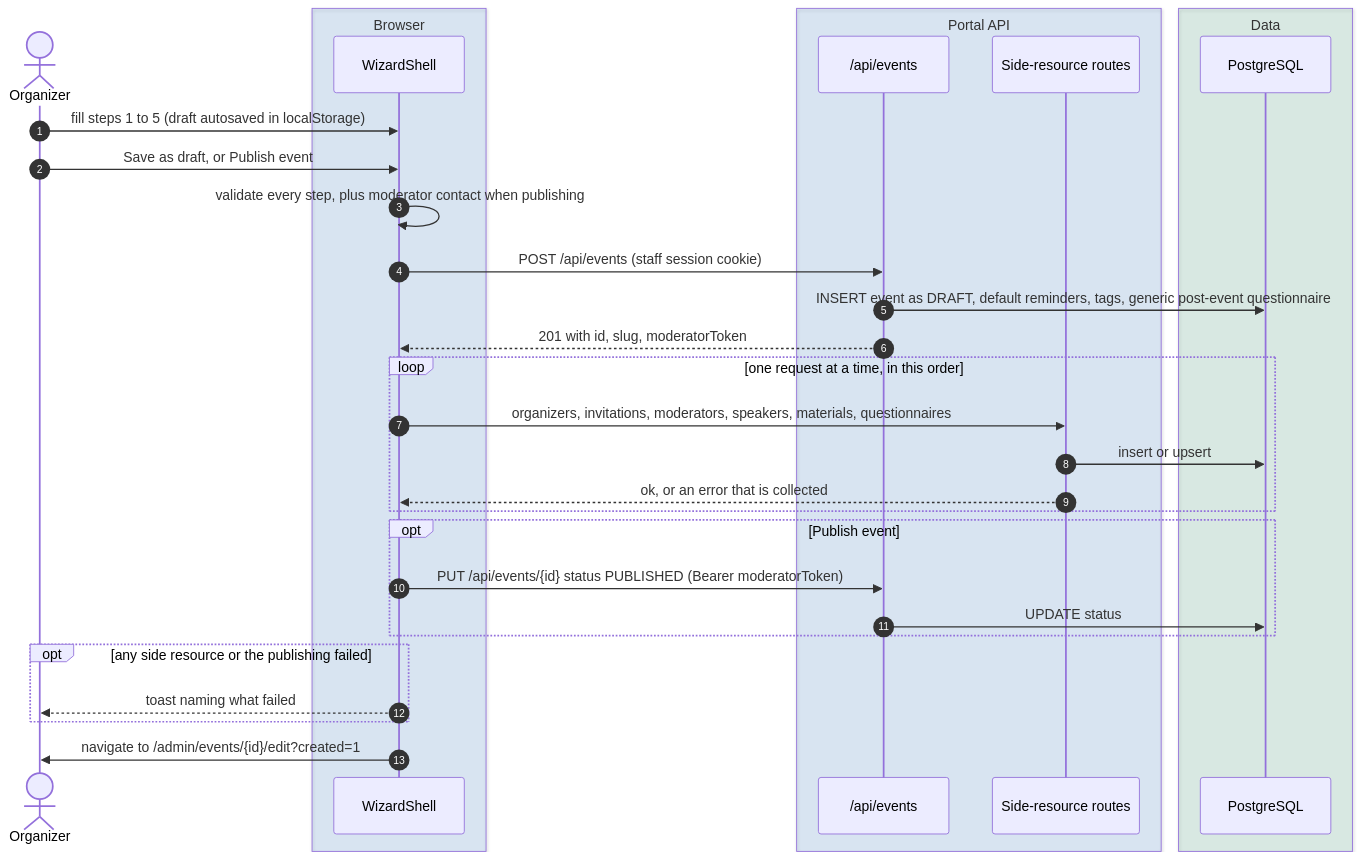
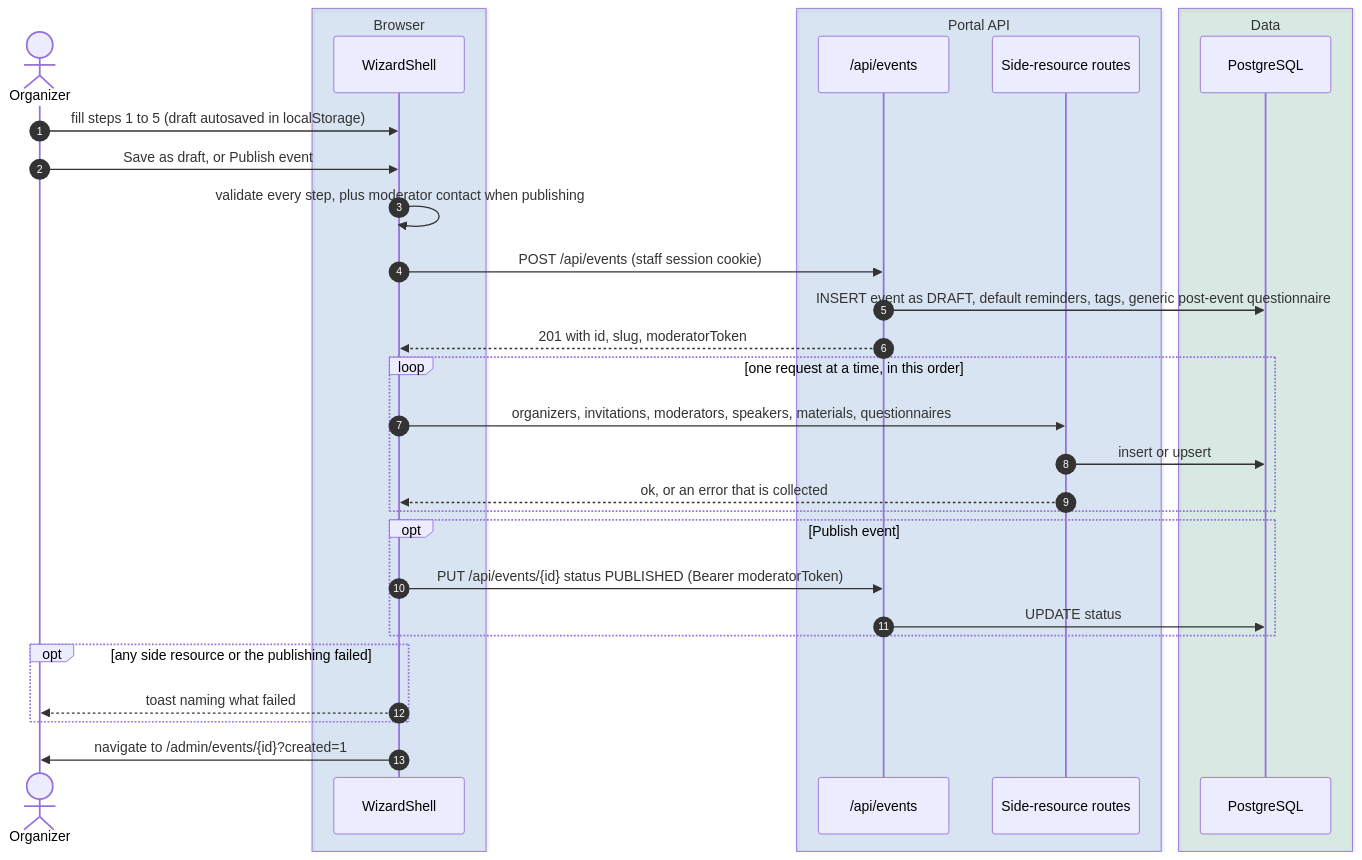
Before and after one commit to italia/pa-webinar: the second of 3 diagrams in docs/architecture/event-journey.md, drawn with Mermaid. The commit also changed other lines of this file and 107 other files, not shown here.

````diff
--- a/docs/architecture/event-journey.md
+++ b/docs/architecture/event-journey.md
@@ -96,34 +99,34 @@
 ```mermaid
 sequenceDiagram
   autonumber
   actor O as Organizer
   box rgba(0,102,204,0.12) Browser
     participant W as WizardShell
   end
   box rgba(0,102,204,0.12) Portal API
     participant E as /api/events
     participant S as Side-resource routes
   end
   box rgba(0,128,85,0.12) Data
     participant DB as PostgreSQL
   end
   O->>W: fill steps 1 to 5 (draft autosaved in localStorage)
   O->>W: Save as draft, or Publish event
   W->>W: validate every step, plus moderator contact when publishing
   W->>E: POST /api/events (staff session cookie)
   E->>DB: INSERT event as DRAFT, default reminders, tags, generic post-event questionnaire
   E-->>W: 201 with id, slug, moderatorToken
   loop one request at a time, in this order
     W->>S: organizers, invitations, moderators, speakers, materials, questionnaires
     S->>DB: insert or upsert
     S-->>W: ok, or an error that is collected
   end
   opt Publish event
     W->>E: PUT /api/events/{id} status PUBLISHED (Bearer moderatorToken)
     E->>DB: UPDATE status
   end
   opt any side resource or the publishing failed
     W-->>O: toast naming what failed
   end
-  W->>O: navigate to /admin/events/{id}/edit?created=1
+  W->>O: navigate to /admin/events/{id}?created=1
 ```
````
